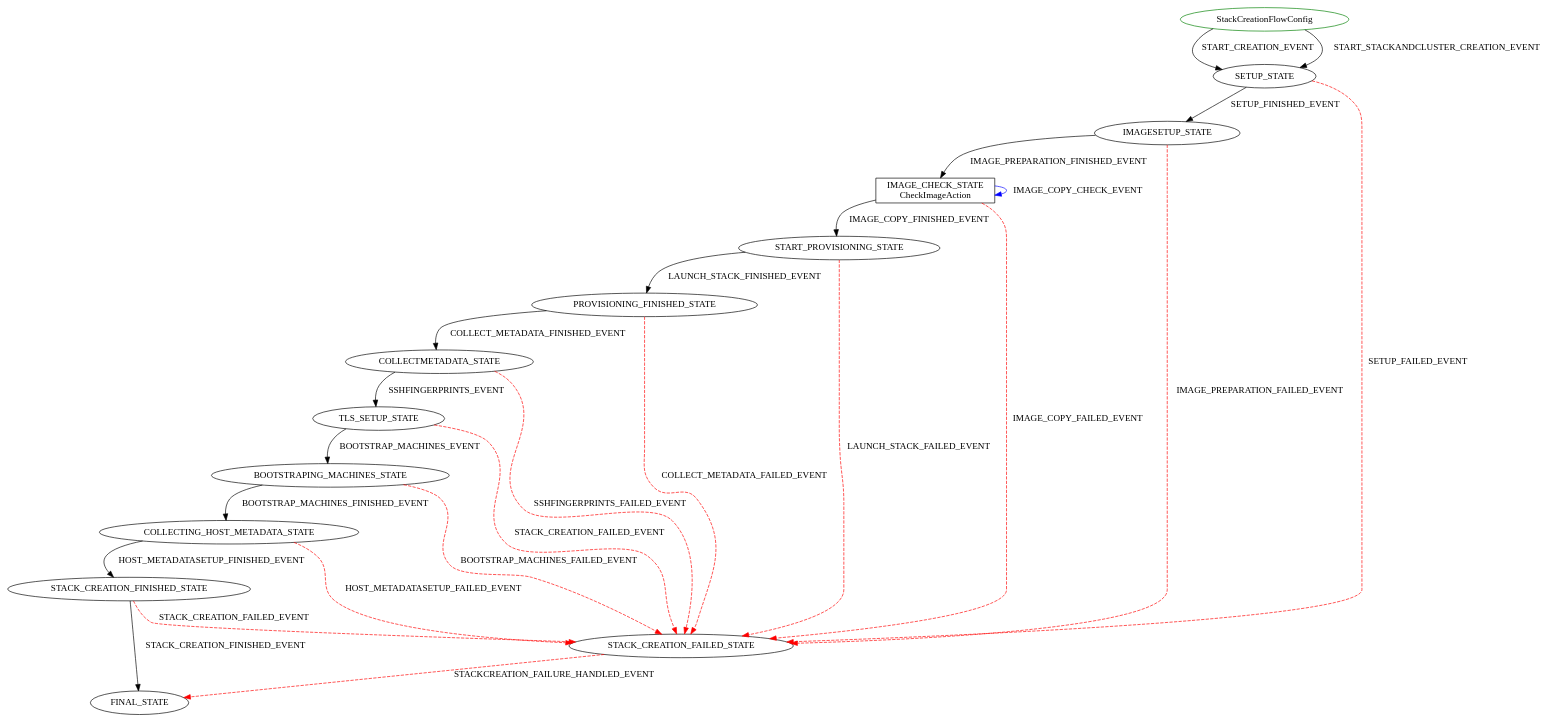
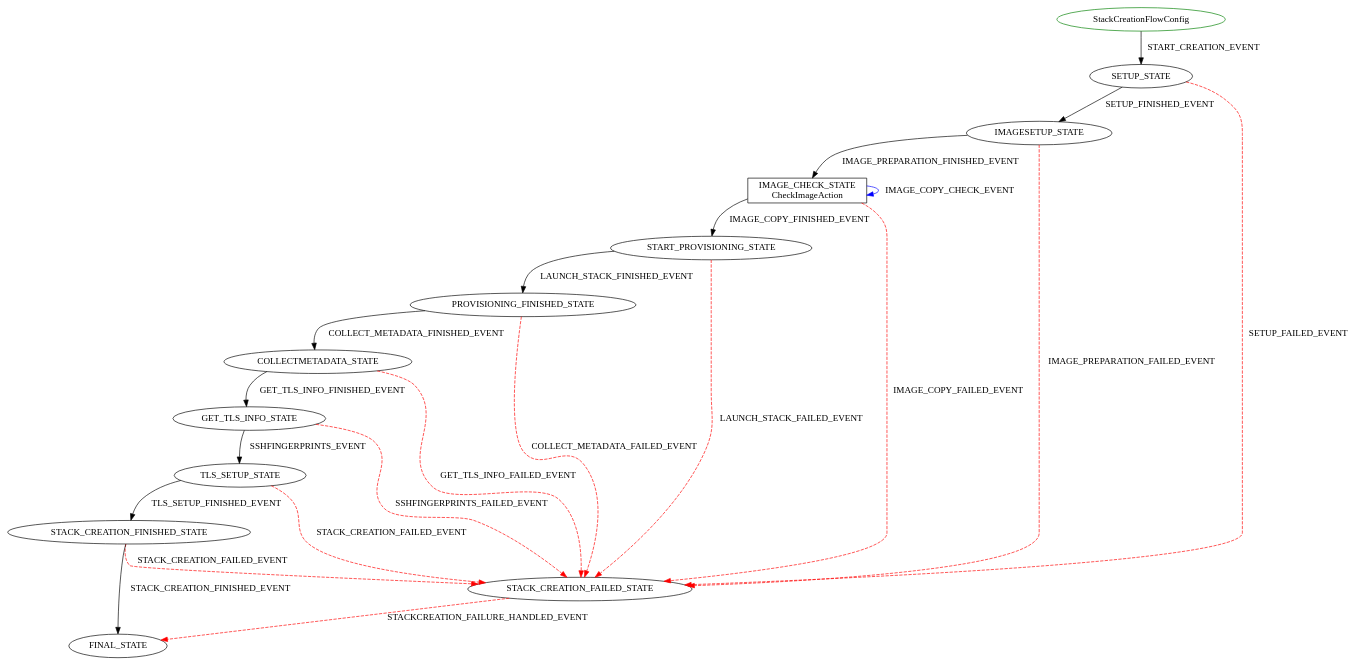
One commit to hortonworks/cloudbreak-docs changed the diagram in latest/diagrams/StackCreationFlowConfig.dot. Above: the diagram before and after it, drawn with Graphviz. The commit also changed 49 other files, not shown here.

```diff
--- a/latest/diagrams/StackCreationFlowConfig.dot
+++ b/latest/diagrams/StackCreationFlowConfig.dot
@@ -1,28 +1,25 @@
 digraph {
 INIT_STATE [label="StackCreationFlowConfig" shape=ellipse color=green];
 INIT_STATE -> SETUP_STATE [label="START_CREATION_EVENT" color=black style=solid];
-INIT_STATE -> SETUP_STATE [label="START_STACKANDCLUSTER_CREATION_EVENT" color=black style=solid];
 SETUP_STATE -> IMAGESETUP_STATE [label="SETUP_FINISHED_EVENT" color=black style=solid];
 SETUP_STATE -> STACK_CREATION_FAILED_STATE [label="SETUP_FAILED_EVENT" color=red style=dashed];
 STACK_CREATION_FAILED_STATE -> FINAL_STATE [label="STACKCREATION_FAILURE_HANDLED_EVENT" color=red style=dashed];
 IMAGE_CHECK_STATE [label="IMAGE_CHECK_STATE\nCheckImageAction" shape=rect color=black];
 IMAGESETUP_STATE -> IMAGE_CHECK_STATE [label="IMAGE_PREPARATION_FINISHED_EVENT" color=black style=solid];
 IMAGESETUP_STATE -> STACK_CREATION_FAILED_STATE [label="IMAGE_PREPARATION_FAILED_EVENT" color=red style=dashed];
 IMAGE_CHECK_STATE -> IMAGE_CHECK_STATE [label="IMAGE_COPY_CHECK_EVENT" color=blue style=solid];
 IMAGE_CHECK_STATE -> STACK_CREATION_FAILED_STATE [label="IMAGE_COPY_FAILED_EVENT" color=red style=dashed];
 IMAGE_CHECK_STATE -> START_PROVISIONING_STATE [label="IMAGE_COPY_FINISHED_EVENT" color=black style=solid];
 START_PROVISIONING_STATE -> PROVISIONING_FINISHED_STATE [label="LAUNCH_STACK_FINISHED_EVENT" color=black style=solid];
 START_PROVISIONING_STATE -> STACK_CREATION_FAILED_STATE [label="LAUNCH_STACK_FAILED_EVENT" color=red style=dashed];
 PROVISIONING_FINISHED_STATE -> COLLECTMETADATA_STATE [label="COLLECT_METADATA_FINISHED_EVENT" color=black style=solid];
 PROVISIONING_FINISHED_STATE -> STACK_CREATION_FAILED_STATE [label="COLLECT_METADATA_FAILED_EVENT" color=red style=dashed];
-COLLECTMETADATA_STATE -> TLS_SETUP_STATE [label="SSHFINGERPRINTS_EVENT" color=black style=solid];
-COLLECTMETADATA_STATE -> STACK_CREATION_FAILED_STATE [label="SSHFINGERPRINTS_FAILED_EVENT" color=red style=dashed];
-TLS_SETUP_STATE -> BOOTSTRAPING_MACHINES_STATE [label="BOOTSTRAP_MACHINES_EVENT" color=black style=solid];
+COLLECTMETADATA_STATE -> GET_TLS_INFO_STATE [label="GET_TLS_INFO_FINISHED_EVENT" color=black style=solid];
+COLLECTMETADATA_STATE -> STACK_CREATION_FAILED_STATE [label="GET_TLS_INFO_FAILED_EVENT" color=red style=dashed];
+GET_TLS_INFO_STATE -> TLS_SETUP_STATE [label="SSHFINGERPRINTS_EVENT" color=black style=solid];
+GET_TLS_INFO_STATE -> STACK_CREATION_FAILED_STATE [label="SSHFINGERPRINTS_FAILED_EVENT" color=red style=dashed];
+TLS_SETUP_STATE -> STACK_CREATION_FINISHED_STATE [label="TLS_SETUP_FINISHED_EVENT" color=black style=solid];
 TLS_SETUP_STATE -> STACK_CREATION_FAILED_STATE [label="STACK_CREATION_FAILED_EVENT" color=red style=dashed];
-BOOTSTRAPING_MACHINES_STATE -> COLLECTING_HOST_METADATA_STATE [label="BOOTSTRAP_MACHINES_FINISHED_EVENT" color=black style=solid];
-BOOTSTRAPING_MACHINES_STATE -> STACK_CREATION_FAILED_STATE [label="BOOTSTRAP_MACHINES_FAILED_EVENT" color=red style=dashed];
-COLLECTING_HOST_METADATA_STATE -> STACK_CREATION_FINISHED_STATE [label="HOST_METADATASETUP_FINISHED_EVENT" color=black style=solid];
-COLLECTING_HOST_METADATA_STATE -> STACK_CREATION_FAILED_STATE [label="HOST_METADATASETUP_FAILED_EVENT" color=red style=dashed];
 STACK_CREATION_FINISHED_STATE -> FINAL_STATE [label="STACK_CREATION_FINISHED_EVENT" color=black style=solid];
 STACK_CREATION_FINISHED_STATE -> STACK_CREATION_FAILED_STATE [label="STACK_CREATION_FAILED_EVENT" color=red style=dashed];
 }
```
